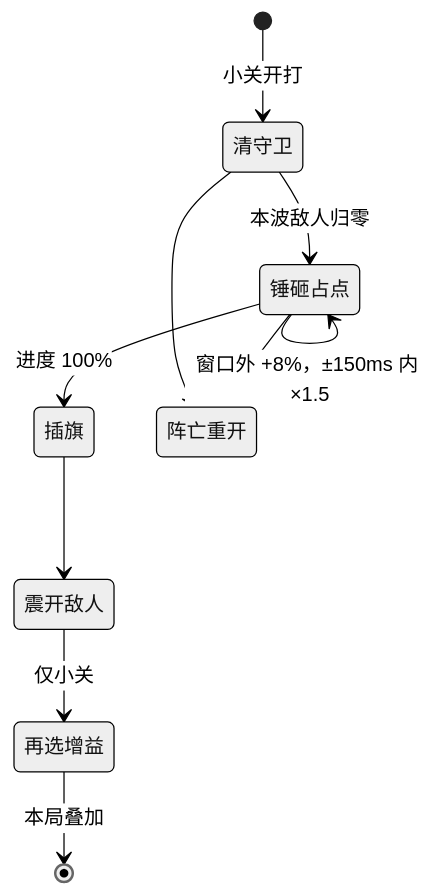
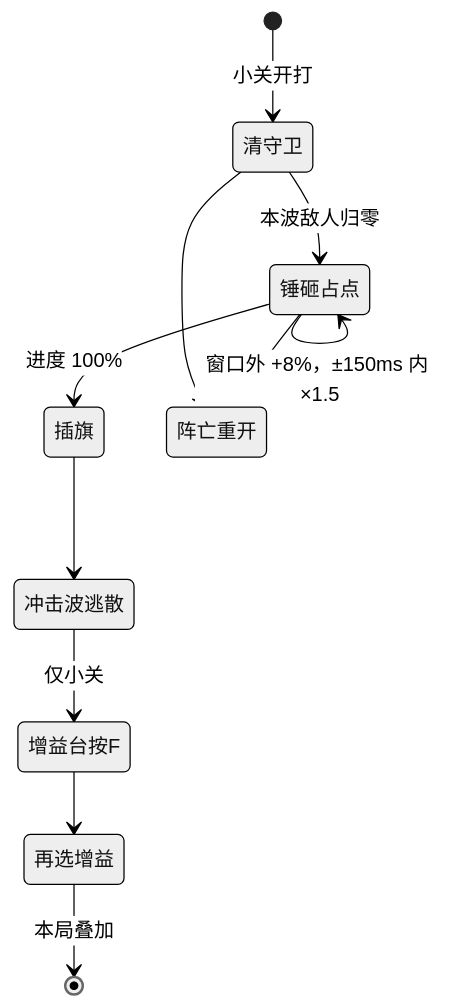
One commit to kyrie21z/Battlefield-Rouge changed the first of 2 diagrams in docs/Core_Loop.md. Above: the diagram before and after it, drawn with Mermaid (neutral theme). The commit also changed other lines of this file and 30 other files, not shown here.

````diff
--- a/docs/Core_Loop.md
+++ b/docs/Core_Loop.md
@@ -56,12 +56,13 @@
 ```mermaid
 stateDiagram-v2
     [*] --> 清守卫: 小关开打
     清守卫 --> 锤砸占点: 本波敌人归零
     锤砸占点 --> 锤砸占点: 窗口外 +8%，±150ms 内 ×1.5
     锤砸占点 --> 插旗: 进度 100%
-    插旗 --> 震开敌人
-    震开敌人 --> 再选增益: 仅小关
+    插旗 --> 冲击波逃散
+    冲击波逃散 --> 增益台按F: 仅小关
+    增益台按F --> 再选增益
     再选增益 --> [*]: 本局叠加
     清守卫 --> 阵亡重开
     锤砸占点 --> 阵亡重开
 ```
````
